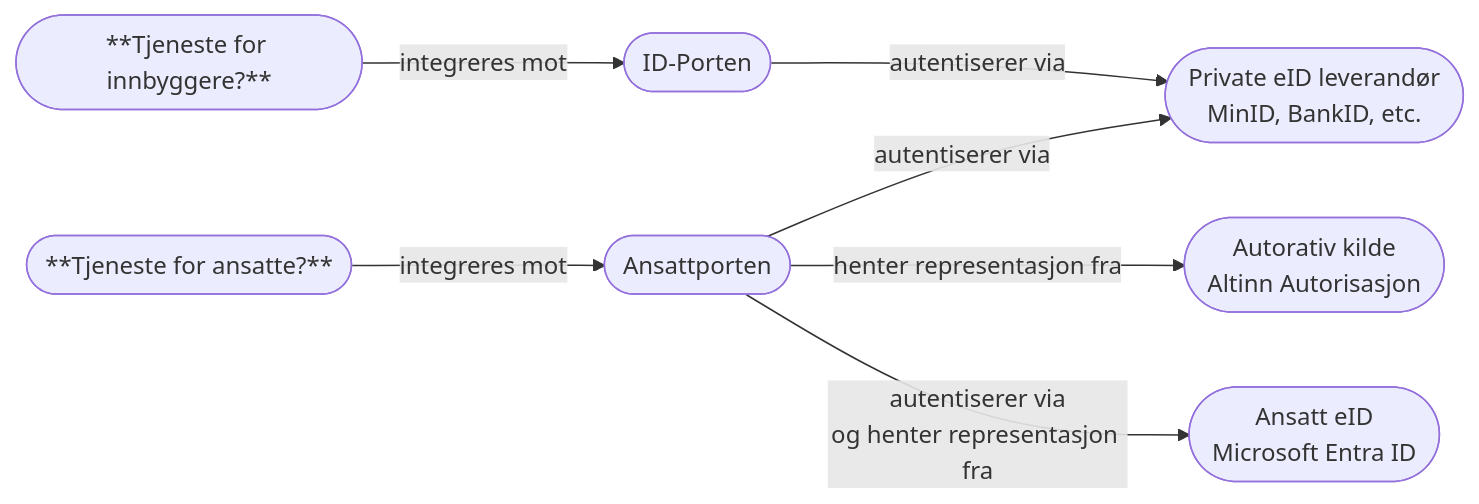
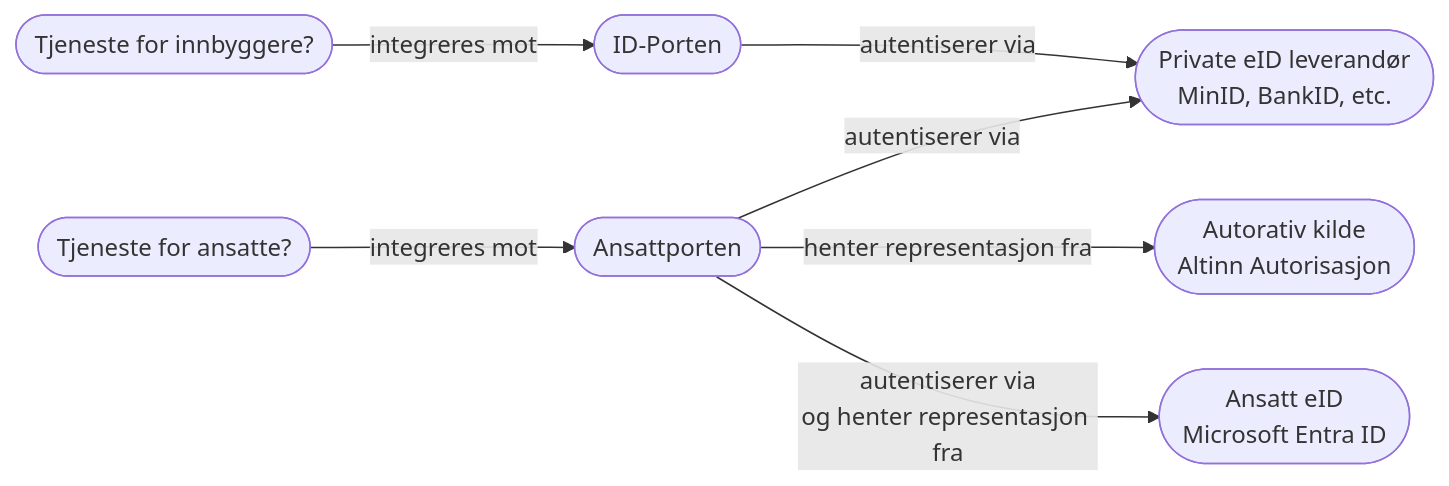
The diagram in docs/08-tilgangsstyring/02-klientregistrering/04-ansattporten.mdx (kartverket/skip.kartverket.no), drawn with Mermaid before and after one commit. The commit also changed 9 other files, not shown here.

````diff
--- a/docs/08-tilgangsstyring/02-klientregistrering/04-ansattporten.mdx
+++ b/docs/08-tilgangsstyring/02-klientregistrering/04-ansattporten.mdx
@@ -28,17 +28,17 @@
 ```mermaid
 flowchart LR;
-  innbygger([**Tjeneste for innbyggere?**]);
-  ansatte([**Tjeneste for ansatte?**]);
+  innbygger([Tjeneste for innbyggere?]);
+  ansatte([Tjeneste for ansatte?]);
   id-porten([ID-Porten])
   ansattporten([Ansattporten])
   eid-leverandør([Private eID leverandør</br>MinID, BankID, etc.])
   altinn([Autorativ kilde</br>Altinn Autorisasjon]);
   entra-id([Ansatt eID</br>Microsoft Entra ID]);
 
   innbygger -- "integreres mot" --> id-porten;
   id-porten -- "autentiserer via" --> eid-leverandør;
   ansatte -- "integreres mot" --> ansattporten;
   ansattporten -- "autentiserer via" --> eid-leverandør;
   ansattporten -- "henter representasjon fra" --> altinn;
   ansattporten -- "autentiserer via</br>og henter representasjon fra" --> entra-id;
 ```
````
